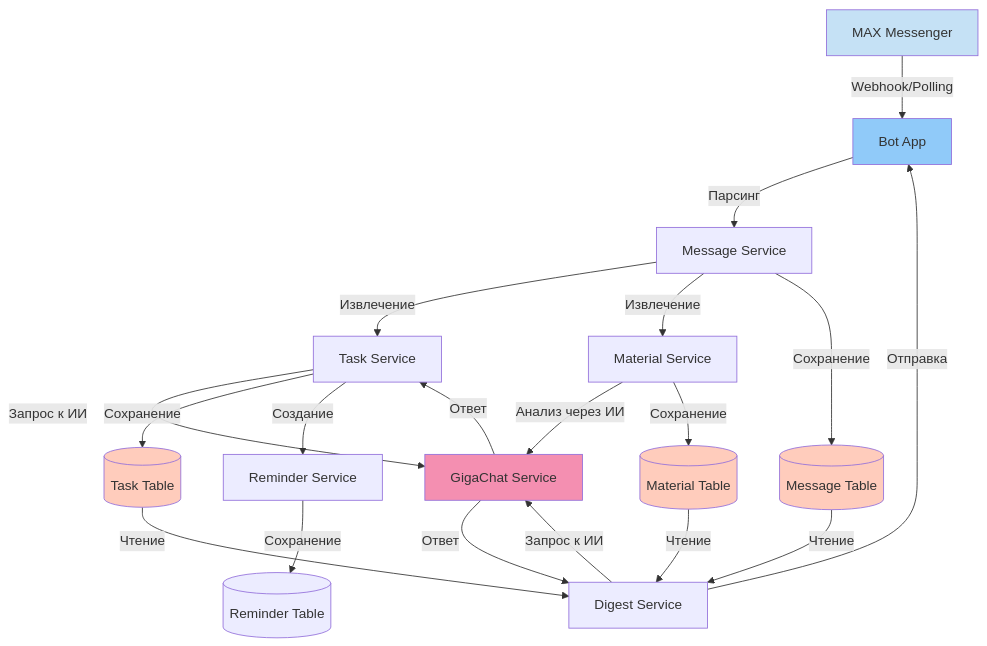
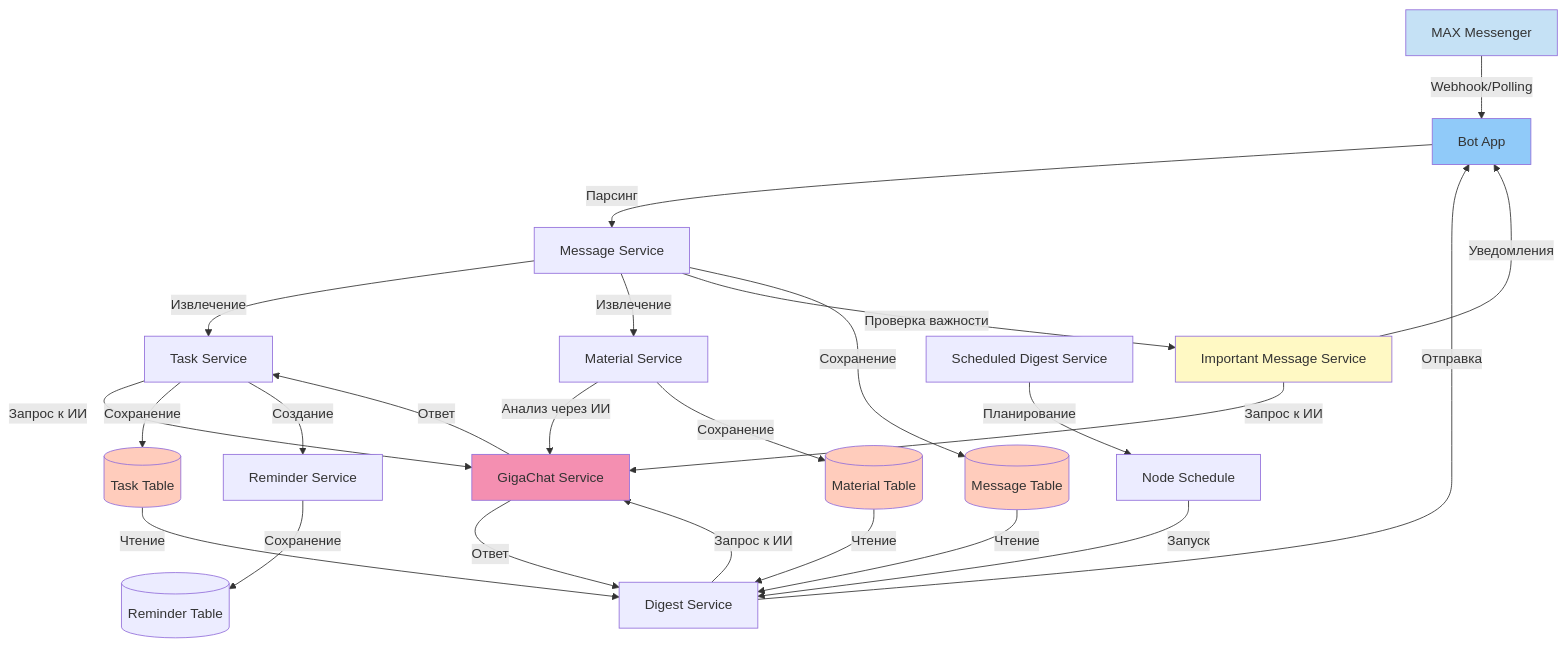
Before and after one commit to Tih000/max: diagram 14 of 21 in ПОЛЬЗОВАТЕЛЬСКИЕ_СЦЕНАРИИ.md, drawn with Mermaid. The commit also changed other lines of this file and 130 other files, not shown here.

````diff
--- a/ПОЛЬЗОВАТЕЛЬСКИЕ_СЦЕНАРИИ.md
+++ b/ПОЛЬЗОВАТЕЛЬСКИЕ_СЦЕНАРИИ.md
@@ -426,32 +426,40 @@
 ```mermaid
 graph TD
     A[MAX Messenger] -->|Webhook/Polling| B[Bot App]
     B -->|Парсинг| C[Message Service]
     
     C -->|Извлечение| D[Task Service]
     C -->|Извлечение| E[Material Service]
-    C -->|Сохранение| F[(Message Table)]
+    C -->|Проверка важности| F[Important Message Service]
+    C -->|Сохранение| G[(Message Table)]
     
-    D -->|Запрос к ИИ| G[GigaChat Service]
-    G -->|Ответ| D
-    D -->|Сохранение| H[(Task Table)]
-    D -->|Создание| I[Reminder Service]
-    I -->|Сохранение| J[(Reminder Table)]
+    D -->|Запрос к ИИ| H[GigaChat Service]
+    H -->|Ответ| D
+    D -->|Сохранение| I[(Task Table)]
+    D -->|Создание| J[Reminder Service]
+    J -->|Сохранение| K[(Reminder Table)]
     
-    E -->|Анализ через ИИ| G
-    E -->|Сохранение| K[(Material Table)]
+    E -->|Анализ через ИИ| H
+    E -->|Сохранение| L[(Material Table)]
     
-    H -->|Чтение| L[Digest Service]
-    F -->|Чтение| L
-    K -->|Чтение| L
-    L -->|Запрос к ИИ| G
-    G -->|Ответ| L
-    L -->|Отправка| B
+    F -->|Запрос к ИИ| H
+    F -->|Уведомления| B
+    
+    I -->|Чтение| M[Digest Service]
+    G -->|Чтение| M
+    L -->|Чтение| M
+    M -->|Запрос к ИИ| H
+    H -->|Ответ| M
+    M -->|Отправка| B
+    
+    N[Scheduled Digest Service] -->|Планирование| O[Node Schedule]
+    O -->|Запуск| M
     
     style A fill:#c5e1f5
     style B fill:#90caf9
-    style G fill:#f48fb1
-    style F fill:#ffccbc
-    style H fill:#ffccbc
-    style K fill:#ffccbc
+    style H fill:#f48fb1
+    style G fill:#ffccbc
+    style I fill:#ffccbc
+    style L fill:#ffccbc
+    style F fill:#fff9c4
 ```
````
